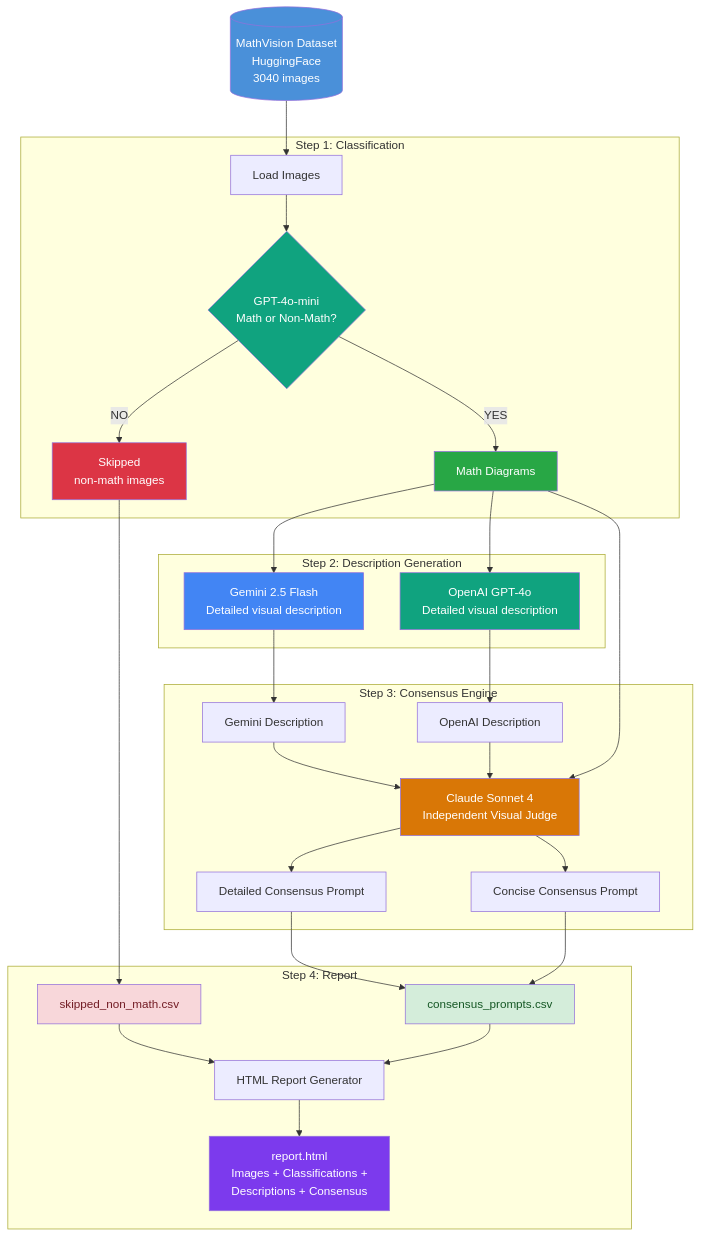
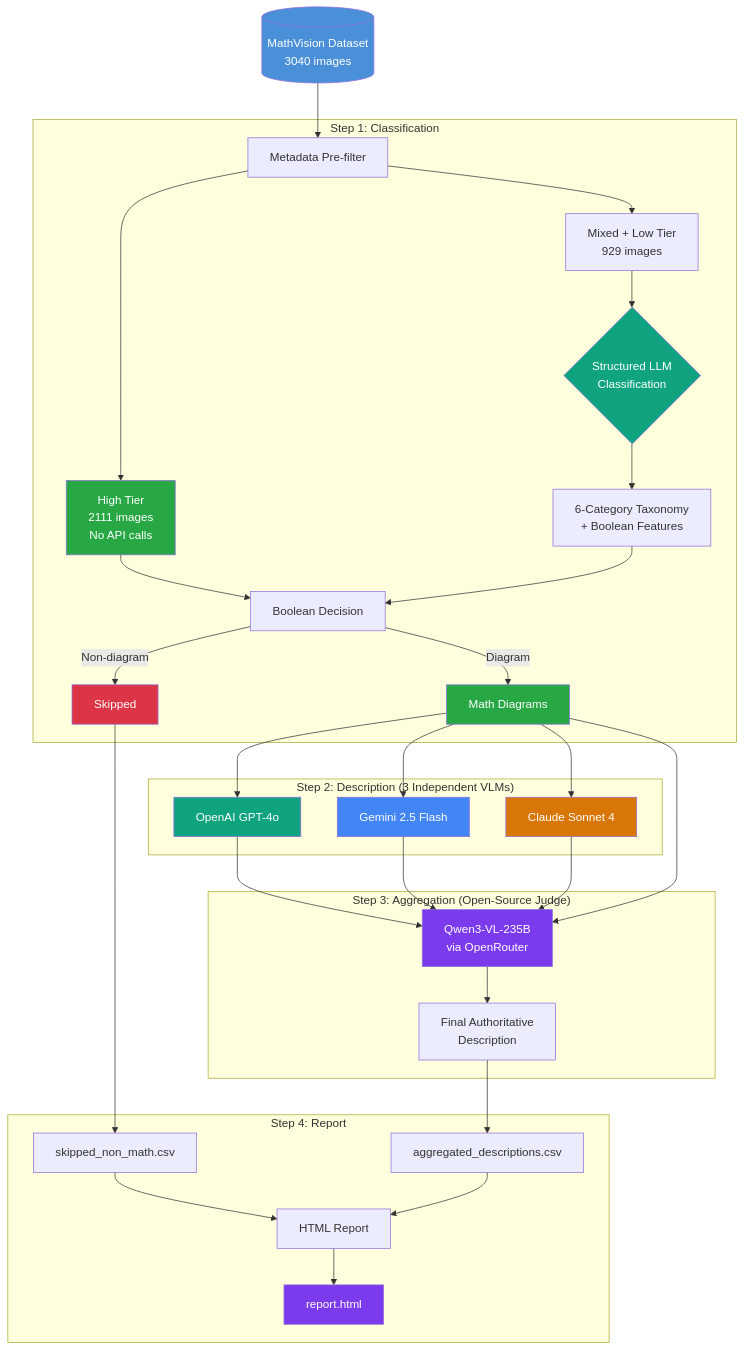
Before and after one commit to diagram-ai/mathvdiagram: the diagram in README.md, drawn with Mermaid. The commit also changed other lines of this file and 7 other files, not shown here.

Commit message:
Updating the benchmarking pipeline to add qwen as the judge

````diff
--- a/README.md
+++ b/README.md
@@ -14,48 +72,50 @@
 ```mermaid
 flowchart TD
-    A[(MathVision Dataset<br/>HuggingFace<br/>3040 images)] --> B
+    A[(MathVision Dataset<br/>3040 images)] --> B
 
     subgraph Step1["Step 1: Classification"]
-        B[Load Images] --> C{GPT-4o-mini<br/>Math or Non-Math?}
-        C -->|YES| D[Math Diagrams]
-        C -->|NO| E[Skipped<br/>non-math images]
+        B[Metadata Pre-filter] --> C1[High Tier<br/>2111 images<br/>No API calls]
+        B --> C2[Mixed + Low Tier<br/>929 images]
+        C2 --> D{Structured LLM<br/>Classification}
+        D --> E[6-Category Taxonomy<br/>+ Boolean Features]
+        C1 --> F
+        E --> F[Boolean Decision]
+        F -->|Diagram| G[Math Diagrams]
+        F -->|Non-diagram| H[Skipped]
     end
 
-    E --> F1[skipped_non_math.csv]
+    H --> H1[skipped_non_math.csv]
 
-    subgraph Step2["Step 2: Description Generation"]
-        D --> G[Gemini 2.5 Flash<br/>Detailed visual description]
-        D --> H[OpenAI GPT-4o<br/>Detailed visual description]
+    subgraph Step2["Step 2: Description (3 Independent VLMs)"]
+        G --> I[OpenAI GPT-4o]
+        G --> J[Gemini 2.5 Flash]
+        G --> K[Claude Sonnet 4]
     end
 
-    G --> I[Gemini Description]
-    H --> J[OpenAI Description]
-
-    subgraph Step3["Step 3: Consensus Engine"]
-        I --> K[Claude Sonnet 4<br/>Independent Visual Judge]
-        J --> K
-        D --> K
-        K --> L[Detailed Consensus Prompt]
-        K --> M[Concise Consensus Prompt]
+    subgraph Step3["Step 3: Aggregation (Open-Source Judge)"]
+        I --> L[Qwen3-VL-235B<br/>via OpenRouter]
+        J --> L
+        K --> L
+        G --> L
+        L --> M[Final Authoritative<br/>Description]
     end
 
-    L --> N[consensus_prompts.csv]
-    M --> N
+    M --> N[aggregated_descriptions.csv]
 
     subgraph Step4["Step 4: Report"]
-        F1 --> O[HTML Report Generator]
+        H1 --> O[HTML Report]
         N --> O
-        O --> P[report.html<br/>Images + Classifications +<br/>Descriptions + Consensus]
+        O --> P[report.html]
     end
 
     style A fill:#4a90d9,color:#fff
-    style C fill:#10a37f,color:#fff
-    style G fill:#4285f4,color:#fff
-    style H fill:#10a37f,color:#fff
+    style D fill:#10a37f,color:#fff
+    style I fill:#10a37f,color:#fff
+    style J fill:#4285f4,color:#fff
     style K fill:#d97706,color:#fff
+    style L fill:#7c3aed,color:#fff
     style P fill:#7c3aed,color:#fff
-    style E fill:#dc3545,color:#fff
-    style D fill:#28a745,color:#fff
-    style F1 fill:#f8d7da,color:#721c24
-    style N fill:#d4edda,color:#155724
+    style H fill:#dc3545,color:#fff
+    style G fill:#28a745,color:#fff
+    style C1 fill:#28a745,color:#fff
 ```
````
